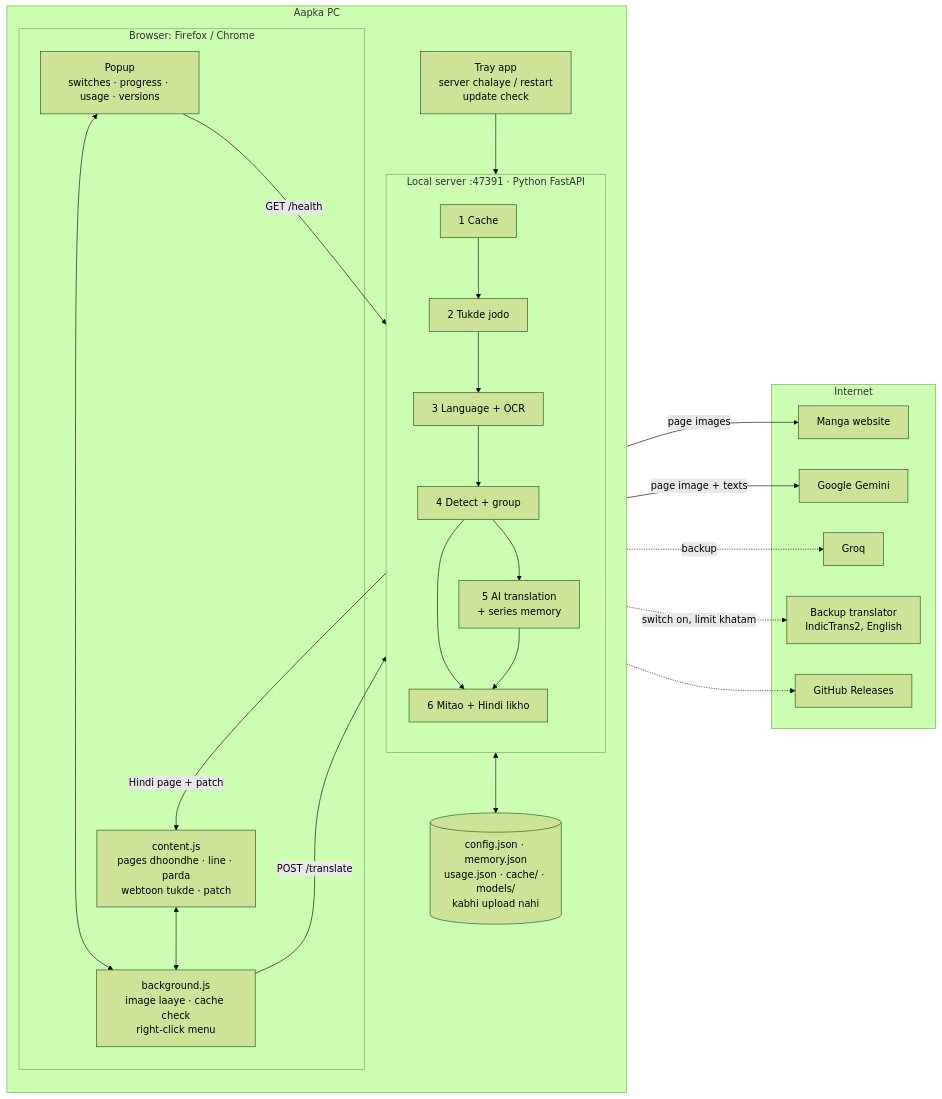
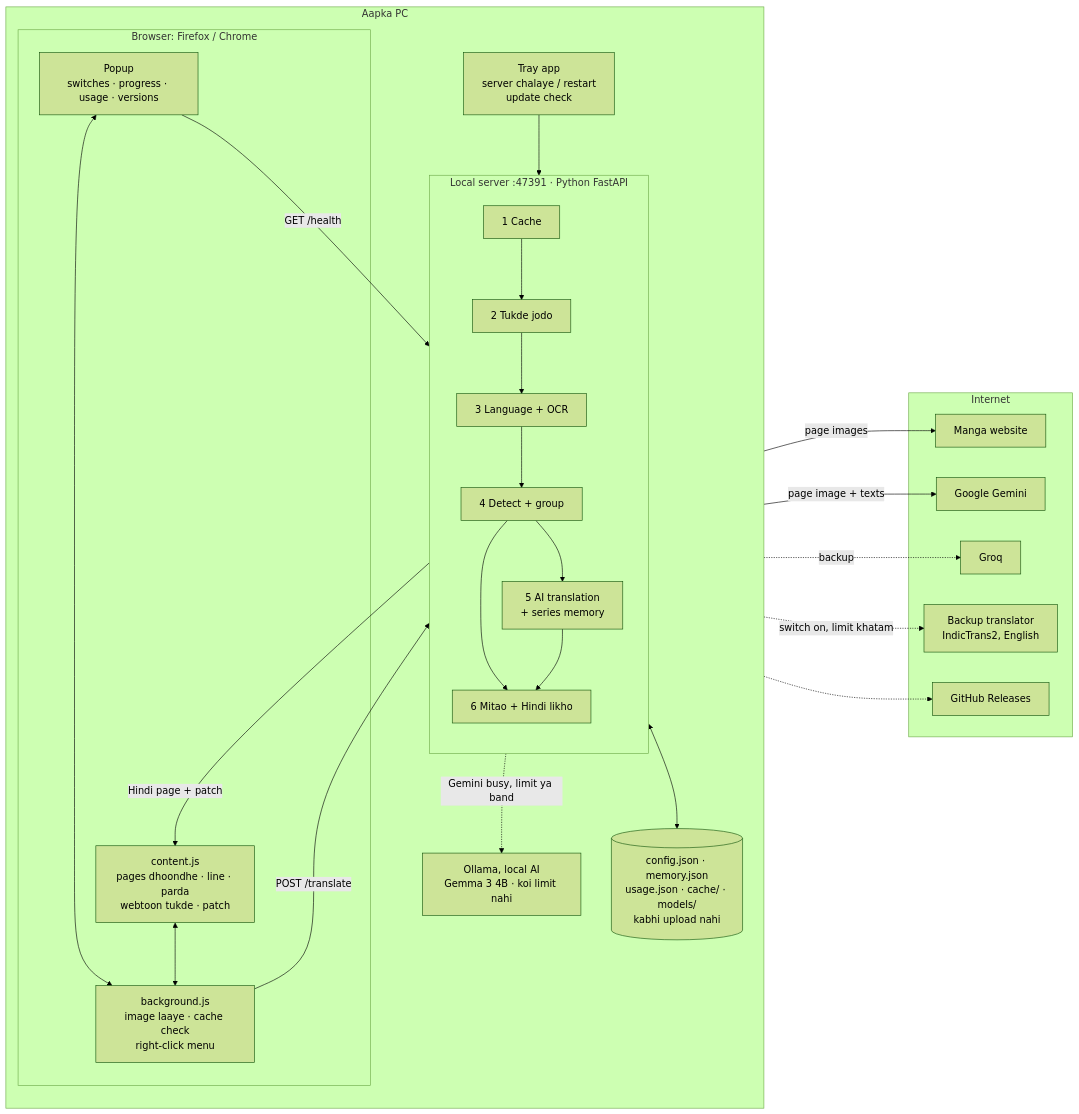
Before and after one commit to jitendra205saini/Manga-Translator: the first of 6 diagrams in README.hinglish.md, drawn with Mermaid (forest theme). The commit also changed other lines of this file and 1 other file, not shown here.

Commit message:
README: local AI in diagrams, 6 keys round robin

````diff
--- a/README.hinglish.md
+++ b/README.hinglish.md
@@ -98,39 +98,41 @@
 ```mermaid
 flowchart LR
     subgraph PC["Aapka PC"]
         direction TB
         subgraph BR["Browser: Firefox / Chrome"]
             POP["Popup<br/>switches · progress · usage · versions"]
             CS["content.js<br/>pages dhoondhe · line · parda<br/>webtoon tukde · patch"]
             BG["background.js<br/>image laaye · cache check<br/>right-click menu"]
             POP <--> BG
             CS <--> BG
         end
         TRAY["Tray app<br/>server chalaye / restart<br/>update check"]
         subgraph SV["Local server :47391 · Python FastAPI"]
             direction TB
             S1["1 Cache"] --> S2["2 Tukde jodo"] --> S3["3 Language + OCR"] --> S4["4 Detect + group"]
             S4 --> S5["5 AI translation<br/>+ series memory"]
             S4 --> S6["6 Mitao + Hindi likho"]
             S5 --> S6
         end
         DISK[("config.json · memory.json<br/>usage.json · cache/ · models/<br/>kabhi upload nahi")]
         TRAY --> SV
         SV <--> DISK
+        OLL["Ollama, local AI<br/>Gemma 3 4B · koi limit nahi"]
     end
     subgraph NET["Internet"]
         SITE["Manga website"]
         GEM["Google Gemini"]
         GRQ["Groq"]
         BAK["Backup translator<br/>IndicTrans2, English"]
         GH["GitHub Releases"]
     end
     BG -->|"page images"| SITE
     BG -->|"POST /translate"| S1
     POP -->|"GET /health"| SV
     S5 -->|"page image + texts"| GEM
+    S5 -.->|"Gemini busy, limit ya band"| OLL
     S5 -.->|"backup"| GRQ
     S5 -.->|"switch on, limit khatam"| BAK
     TRAY -.-> GH
     S6 -->|"Hindi page + patch"| CS
 ```
````
